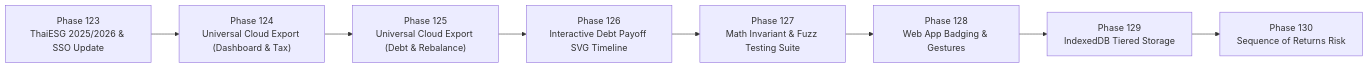
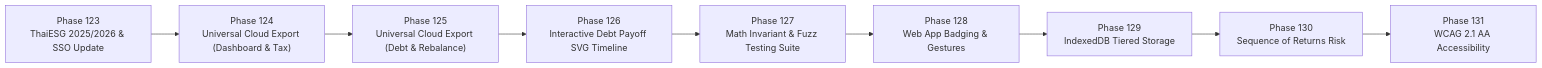
Before and after one commit to crossoverall/money-superapp: the second of 2 diagrams in plan.md, drawn with Mermaid. The commit also changed other lines of this file and 18 other files, not shown here.

````diff
--- a/plan.md
+++ b/plan.md
@@ -170,10 +170,11 @@
 ```mermaid
 flowchart LR
     P123["Phase 123<br/>ThaiESG 2025/2026 & SSO Update"] --> P124["Phase 124<br/>Universal Cloud Export (Dashboard & Tax)"]
     P124 --> P125["Phase 125<br/>Universal Cloud Export (Debt & Rebalance)"]
     P125 --> P126["Phase 126<br/>Interactive Debt Payoff SVG Timeline"]
     P126 --> P127["Phase 127<br/>Math Invariant & Fuzz Testing Suite"]
     P127 --> P128["Phase 128<br/>Web App Badging & Gestures"]
     P128 --> P129["Phase 129<br/>IndexedDB Tiered Storage"]
     P129 --> P130["Phase 130<br/>Sequence of Returns Risk"]
+    P130 --> P131["Phase 131<br/>WCAG 2.1 AA Accessibility"]
 ```
````
